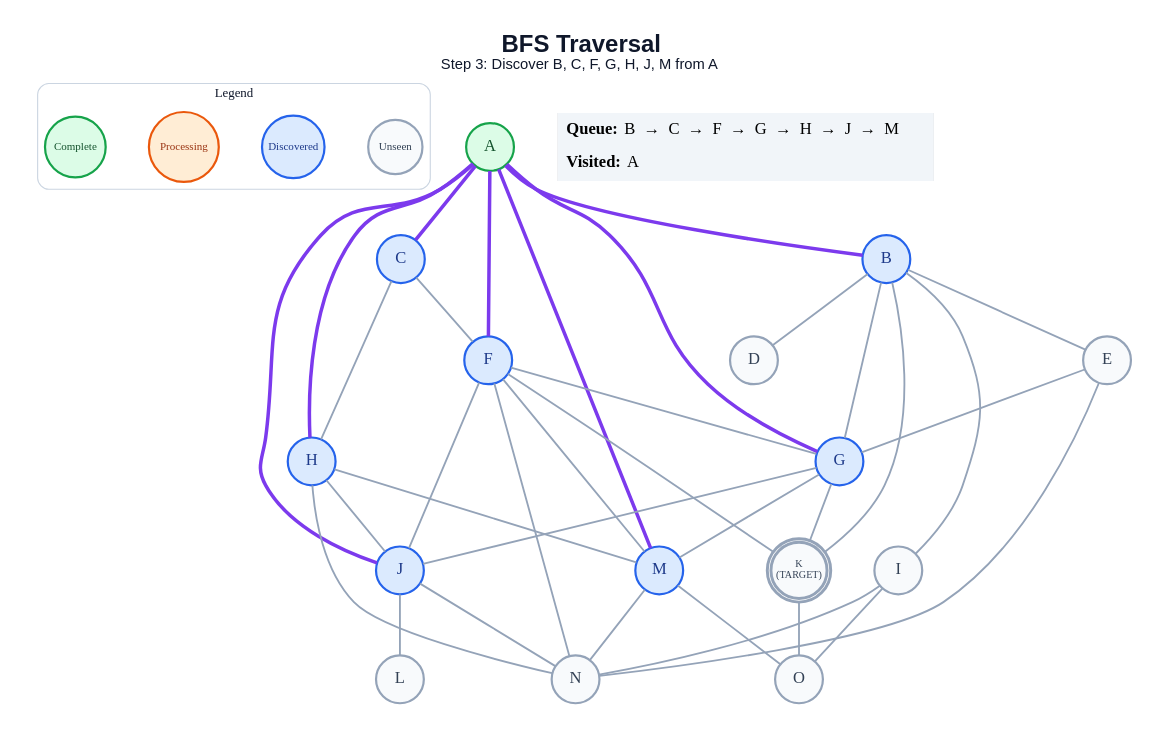
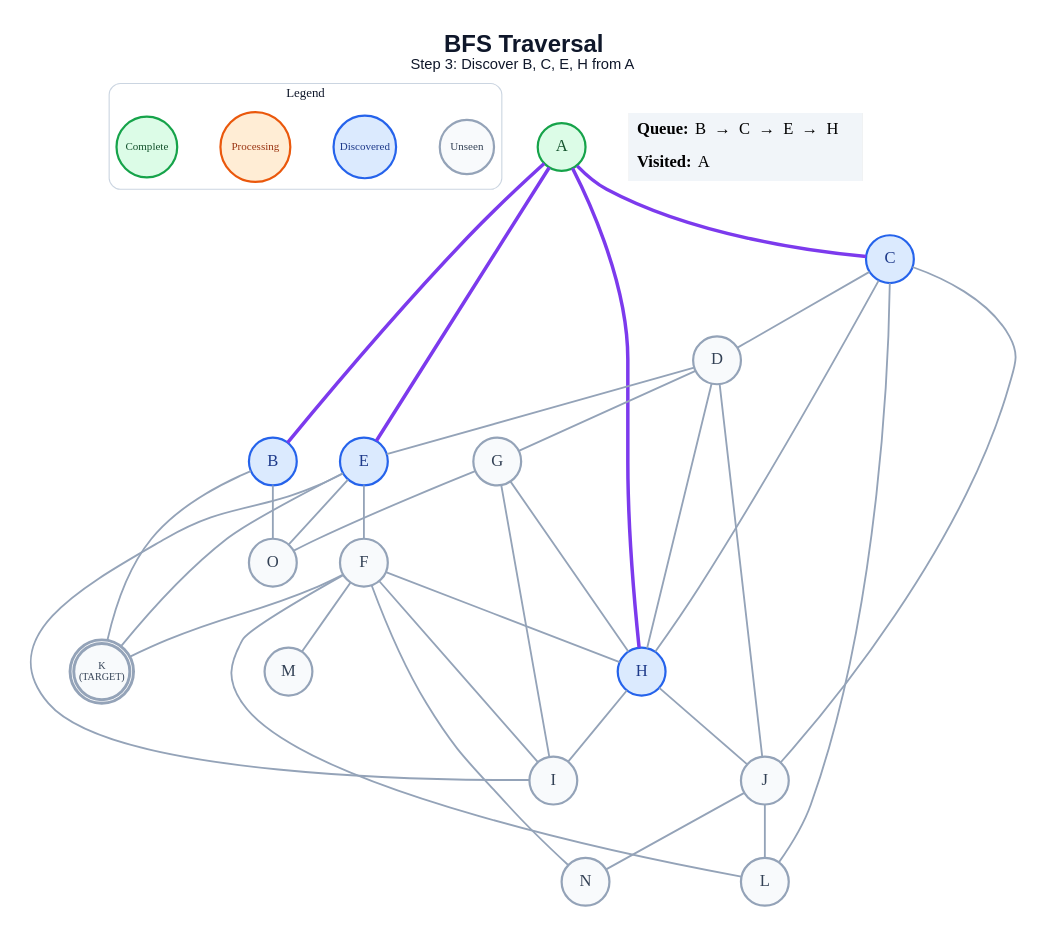
One commit to anon7238593-create/ai-slop changed the diagram in generated/short-circuit/bfs/step_03.dot. Above: the diagram before and after it, drawn with Graphviz. The commit also changed 217 other files, not shown here.

```diff
--- a/generated/short-circuit/bfs/step_03.dot
+++ b/generated/short-circuit/bfs/step_03.dot
@@ -1,68 +1,65 @@
 graph traversal {
   graph [layout=dot, rankdir=TB, bgcolor="#FFFFFF", pad="0.35", nodesep="0.65", ranksep="0.8", fontname="Arial"];
   node [shape=circle, style="filled", fontname="Arial Bold", fontsize=18, width=0.72, fixedsize=true, penwidth=2.4];
   edge [color="#94A3B8", penwidth=2.0];
-  label=<<B>BFS Traversal</B><BR/><FONT POINT-SIZE="16">Step 3: Discover B, C, F, G, H, J, M from A</FONT>>; labelloc="t"; fontsize=26; fontname="Arial"; fontcolor="#0F172A";
+  label=<<B>BFS Traversal</B><BR/><FONT POINT-SIZE="16">Step 3: Discover B, C, E, H from A</FONT>>; labelloc="t"; fontsize=26; fontname="Arial"; fontcolor="#0F172A";
   subgraph cluster_legend { label="Legend"; color="#CBD5E1"; penwidth=1.2; style="rounded"; fontsize=14; fontname="Arial Bold";
     key_unseen [label="Unseen", fillcolor="#F8FAFC", color="#94A3B8", fontcolor="#334155", fontsize=12, width=0.82];
     key_frontier [label="Discovered", fillcolor="#DBEAFE", color="#2563EB", fontcolor="#1E3A8A", fontsize=12, width=0.95];
     key_current [label="Processing", fillcolor="#FFEDD5", color="#EA580C", fontcolor="#9A3412", fontsize=12, width=1.05];
     key_done [label="Complete", fillcolor="#DCFCE7", color="#16A34A", fontcolor="#14532D", fontsize=12, width=0.92];
     { rank=same; key_unseen; key_frontier; key_current; key_done; }
   }
   A [label="A", fillcolor="#DCFCE7", color="#16A34A", fontcolor="#14532D", peripheries=1, penwidth=2.4];
   B [label="B", fillcolor="#DBEAFE", color="#2563EB", fontcolor="#1E3A8A", peripheries=1, penwidth=2.4];
   C [label="C", fillcolor="#DBEAFE", color="#2563EB", fontcolor="#1E3A8A", peripheries=1, penwidth=2.4];
   D [label="D", fillcolor="#F8FAFC", color="#94A3B8", fontcolor="#334155", peripheries=1, penwidth=2.4];
-  E [label="E", fillcolor="#F8FAFC", color="#94A3B8", fontcolor="#334155", peripheries=1, penwidth=2.4];
-  F [label="F", fillcolor="#DBEAFE", color="#2563EB", fontcolor="#1E3A8A", peripheries=1, penwidth=2.4];
-  G [label="G", fillcolor="#DBEAFE", color="#2563EB", fontcolor="#1E3A8A", peripheries=1, penwidth=2.4];
+  E [label="E", fillcolor="#DBEAFE", color="#2563EB", fontcolor="#1E3A8A", peripheries=1, penwidth=2.4];
+  F [label="F", fillcolor="#F8FAFC", color="#94A3B8", fontcolor="#334155", peripheries=1, penwidth=2.4];
+  G [label="G", fillcolor="#F8FAFC", color="#94A3B8", fontcolor="#334155", peripheries=1, penwidth=2.4];
   H [label="H", fillcolor="#DBEAFE", color="#2563EB", fontcolor="#1E3A8A", peripheries=1, penwidth=2.4];
   I [label="I", fillcolor="#F8FAFC", color="#94A3B8", fontcolor="#334155", peripheries=1, penwidth=2.4];
-  J [label="J", fillcolor="#DBEAFE", color="#2563EB", fontcolor="#1E3A8A", peripheries=1, penwidth=2.4];
+  J [label="J", fillcolor="#F8FAFC", color="#94A3B8", fontcolor="#334155", peripheries=1, penwidth=2.4];
   K [label="K\n(TARGET)", fillcolor="#F8FAFC", color="#94A3B8", fontcolor="#334155", peripheries=2, penwidth=3.2, fontsize=11, width=0.85, height=0.85];
   L [label="L", fillcolor="#F8FAFC", color="#94A3B8", fontcolor="#334155", peripheries=1, penwidth=2.4];
-  M [label="M", fillcolor="#DBEAFE", color="#2563EB", fontcolor="#1E3A8A", peripheries=1, penwidth=2.4];
+  M [label="M", fillcolor="#F8FAFC", color="#94A3B8", fontcolor="#334155", peripheries=1, penwidth=2.4];
   N [label="N", fillcolor="#F8FAFC", color="#94A3B8", fontcolor="#334155", peripheries=1, penwidth=2.4];
   O [label="O", fillcolor="#F8FAFC", color="#94A3B8", fontcolor="#334155", peripheries=1, penwidth=2.4];
   A -- B [color="#7C3AED", penwidth=3.8];
   A -- C [color="#7C3AED", penwidth=3.8];
-  A -- F [color="#7C3AED", penwidth=3.8];
-  A -- G [color="#7C3AED", penwidth=3.8];
+  A -- E [color="#7C3AED", penwidth=3.8];
   A -- H [color="#7C3AED", penwidth=3.8];
-  A -- J [color="#7C3AED", penwidth=3.8];
-  A -- M [color="#7C3AED", penwidth=3.8];
-  B -- D;
-  B -- E;
-  B -- G;
-  B -- I;
   B -- K;
-  C -- F;
+  B -- O;
+  C -- D;
   C -- H;
-  E -- G;
-  E -- N;
-  F -- G;
-  F -- J;
+  C -- J;
+  C -- L;
+  D -- E;
+  D -- G;
+  D -- H;
+  D -- J;
+  E -- F;
+  E -- I;
+  E -- K;
+  E -- O;
+  F -- H;
+  F -- I;
   F -- K;
+  F -- L;
   F -- M;
   F -- N;
-  G -- J;
-  G -- K;
-  G -- M;
+  G -- H;
+  G -- I;
+  G -- O;
+  H -- I;
   H -- J;
-  H -- M;
-  H -- N;
-  I -- N;
-  I -- O;
   J -- L;
   J -- N;
-  K -- O;
-  M -- N;
-  M -- O;
   status [shape=plain, fixedsize=false, width=0, height=0, margin=0, label=<
     <TABLE BORDER="0" CELLBORDER="0" CELLPADDING="7" BGCOLOR="#F1F5F9">
-      <TR><TD ALIGN="LEFT"><B>Queue:</B> B  →  C  →  F  →  G  →  H  →  J  →  M</TD></TR>
+      <TR><TD ALIGN="LEFT"><B>Queue:</B> B  →  C  →  E  →  H</TD></TR>
       <TR><TD ALIGN="LEFT"><B>Visited:</B> A</TD></TR>
     </TABLE>
   >];
 }
```
